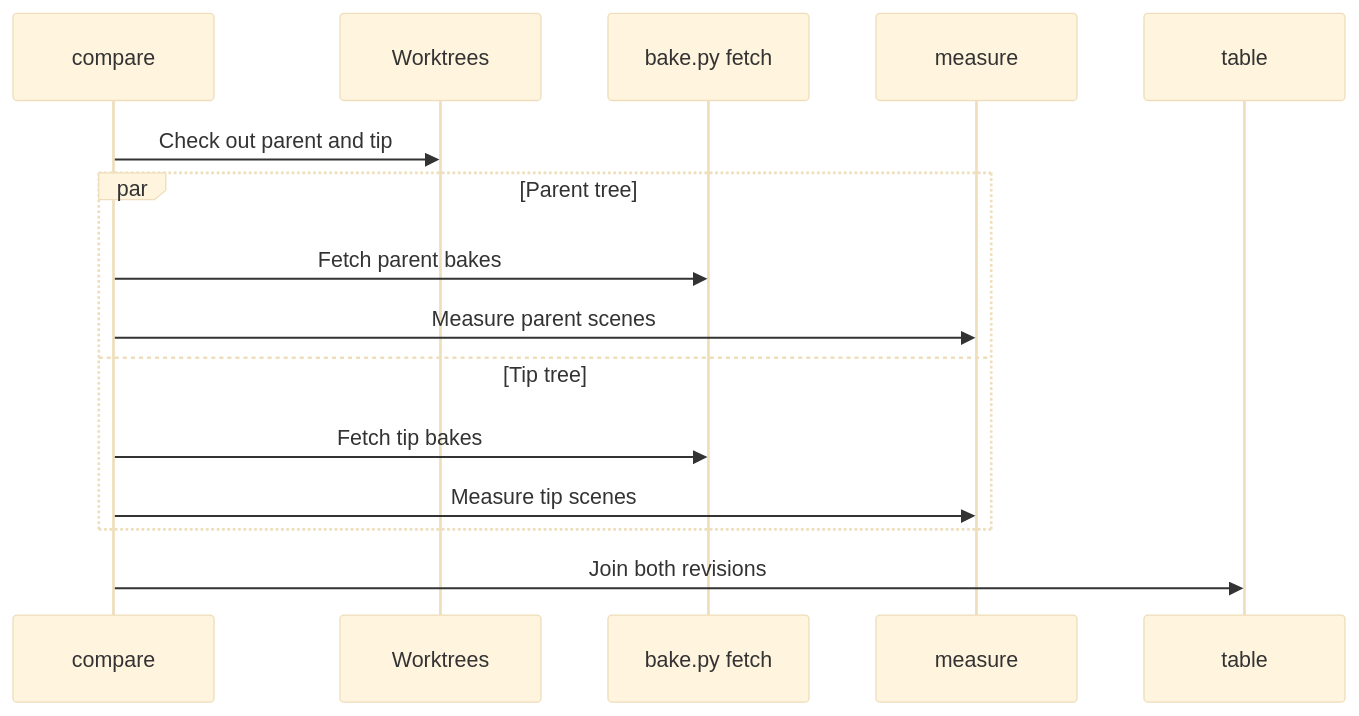
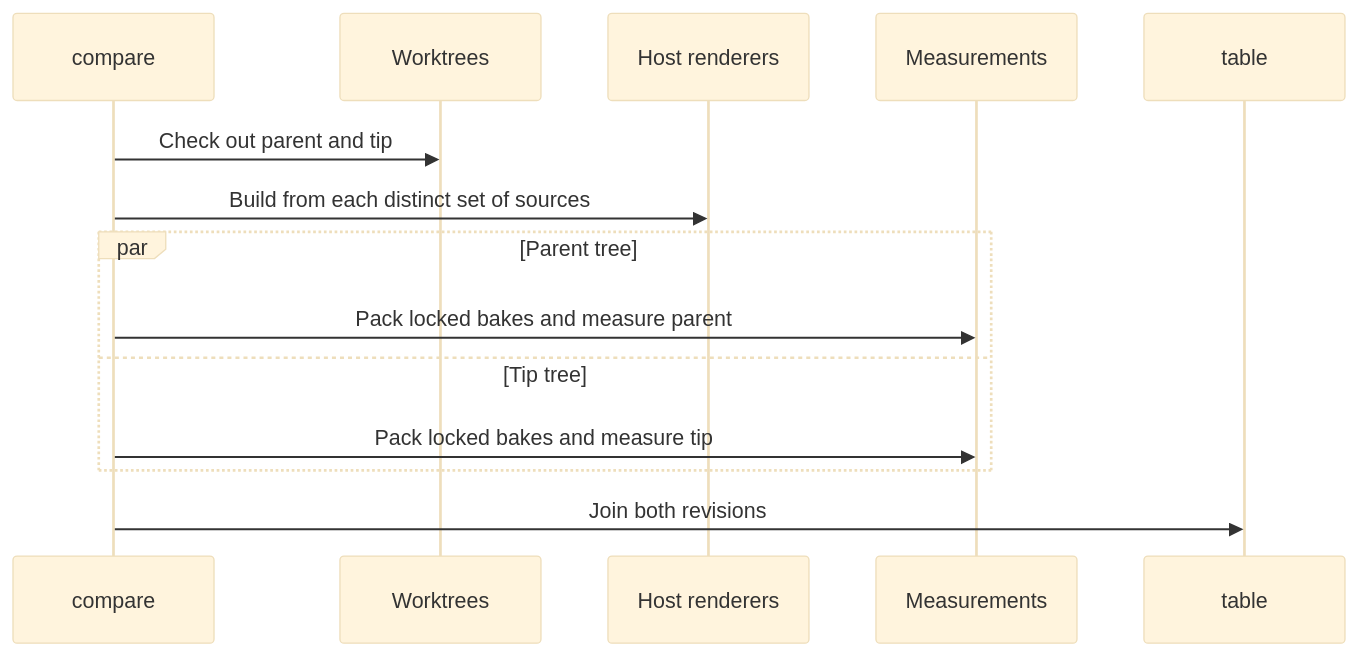
One commit to jose-villegas/autana changed the diagram in docs/render/offline/Track-Scorecard.md. Above: the diagram before and after it, drawn with Mermaid (base theme). The commit also changed other lines of this file and 13 other files, not shown here.

````diff
--- a/docs/render/offline/Track-Scorecard.md
+++ b/docs/render/offline/Track-Scorecard.md
@@ -13,17 +17,16 @@
 ```mermaid
 sequenceDiagram
     participant C as compare
     participant W as Worktrees
-    participant B as bake.py fetch
-    participant M as measure
+    participant H as Host renderers
+    participant M as Measurements
     participant T as table
     C->>W: Check out parent and tip
+    C->>H: Build from each distinct set of sources
     par Parent tree
-        C->>B: Fetch parent bakes
-        C->>M: Measure parent scenes
+        C->>M: Pack locked bakes and measure parent
     and Tip tree
-        C->>B: Fetch tip bakes
-        C->>M: Measure tip scenes
+        C->>M: Pack locked bakes and measure tip
     end
     C->>T: Join both revisions
 ```
````
